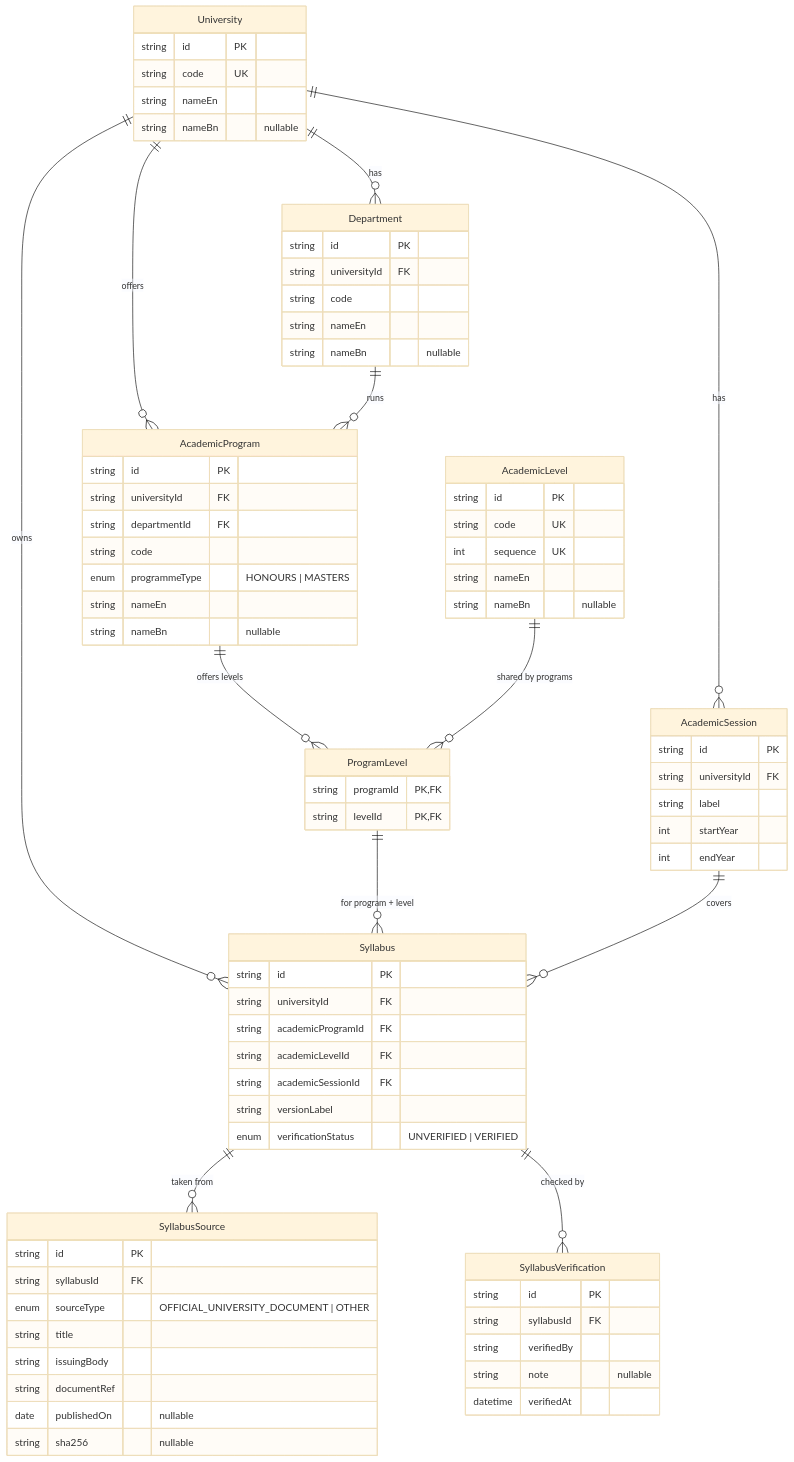
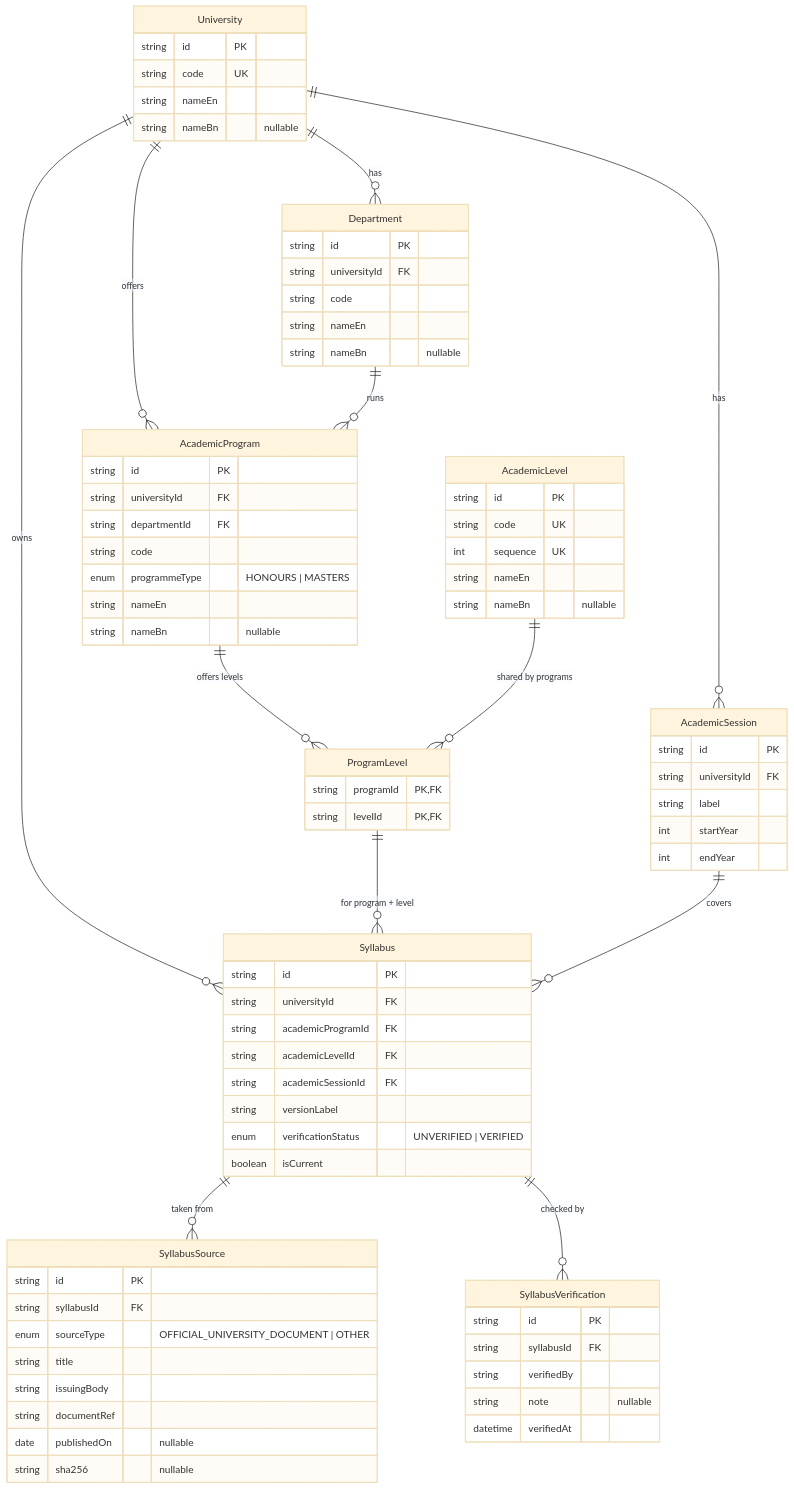
The diagram in database/documentation/ERD.md (rakib-IT-ltd/english-honours-platform), drawn with Mermaid (base theme) before and after one commit. The commit also changed 15 other files, not shown here.

Commit message:
Masters Final level and current-version flag

````diff
--- a/database/documentation/ERD.md
+++ b/database/documentation/ERD.md
@@ -6,24 +6,24 @@
 ```mermaid
 erDiagram
   University ||--o{ Department : has
   University ||--o{ AcademicProgram : offers
   University ||--o{ AcademicSession : has
   University ||--o{ Syllabus : owns
   Department ||--o{ AcademicProgram : runs
   AcademicProgram ||--o{ ProgramLevel : "offers levels"
   AcademicLevel ||--o{ ProgramLevel : "shared by programs"
   ProgramLevel ||--o{ Syllabus : "for program + level"
   AcademicSession ||--o{ Syllabus : "covers"
   Syllabus ||--o{ SyllabusSource : "taken from"
   Syllabus ||--o{ SyllabusVerification : "checked by"
 
   University { string id PK  string code UK  string nameEn  string nameBn "nullable" }
   Department { string id PK  string universityId FK  string code  string nameEn  string nameBn "nullable" }
   AcademicLevel { string id PK  string code UK  int sequence UK  string nameEn  string nameBn "nullable" }
   AcademicProgram { string id PK  string universityId FK  string departmentId FK  string code  enum programmeType "HONOURS | MASTERS"  string nameEn  string nameBn "nullable" }
   ProgramLevel { string programId PK,FK  string levelId PK,FK }
   AcademicSession { string id PK  string universityId FK  string label  int startYear  int endYear }
-  Syllabus { string id PK  string universityId FK  string academicProgramId FK  string academicLevelId FK  string academicSessionId FK  string versionLabel  enum verificationStatus "UNVERIFIED | VERIFIED" }
+  Syllabus { string id PK  string universityId FK  string academicProgramId FK  string academicLevelId FK  string academicSessionId FK  string versionLabel  enum verificationStatus "UNVERIFIED | VERIFIED"  boolean isCurrent }
   SyllabusSource { string id PK  string syllabusId FK  enum sourceType "OFFICIAL_UNIVERSITY_DOCUMENT | OTHER"  string title  string issuingBody  string documentRef  date publishedOn "nullable"  string sha256 "nullable" }
   SyllabusVerification { string id PK  string syllabusId FK  string verifiedBy  string note "nullable"  datetime verifiedAt }
 ```
````
